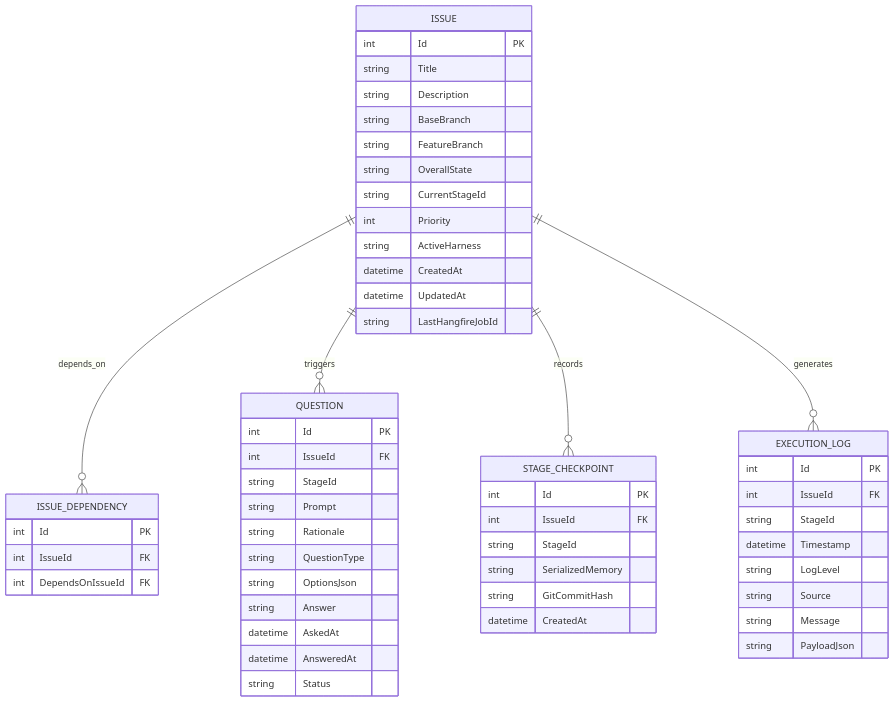
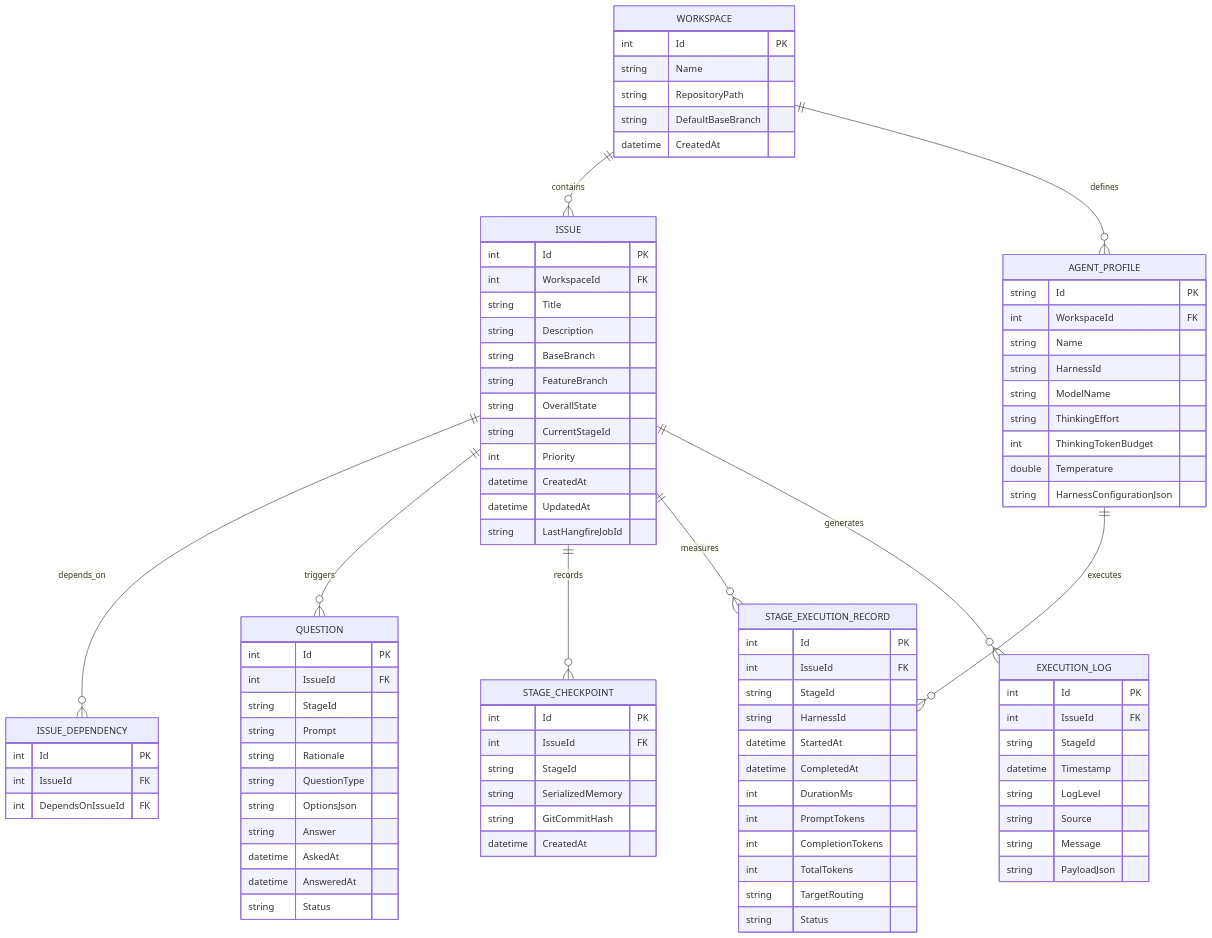
Before and after one commit to jetelain/NightCodeForge: diagram 12 of 12 in docs/ARCHITECTURE.md, drawn with Mermaid. The commit also changed other lines of this file and 2 other files, not shown here.

````diff
--- a/docs/ARCHITECTURE.md
+++ b/docs/ARCHITECTURE.md
@@ -334,12 +742,37 @@
 ```mermaid
 erDiagram
+    WORKSPACE ||--o{ ISSUE : "contains"
+    WORKSPACE ||--o{ AGENT_PROFILE : "defines"
+    AGENT_PROFILE ||--o{ STAGE_EXECUTION_RECORD : "executes"
     ISSUE ||--o{ ISSUE_DEPENDENCY : "depends_on"
     ISSUE ||--o{ QUESTION : "triggers"
     ISSUE ||--o{ STAGE_CHECKPOINT : "records"
+    ISSUE ||--o{ STAGE_EXECUTION_RECORD : "measures"
     ISSUE ||--o{ EXECUTION_LOG : "generates"
     
+    WORKSPACE {
+        int Id PK
+        string Name
+        string RepositoryPath
+        string DefaultBaseBranch
+        datetime CreatedAt
+    }
+
+    AGENT_PROFILE {
+        string Id PK
+        int WorkspaceId FK
+        string Name
+        string HarnessId
+        string ModelName
+        string ThinkingEffort
+        int ThinkingTokenBudget
+        double Temperature
+        string HarnessConfigurationJson
+    }
+
     ISSUE {
         int Id PK
+        int WorkspaceId FK
         string Title
         string Description
         string BaseBranch
@@ -347,7 +780,6 @@
         string OverallState
         string CurrentStageId
         int Priority
-        string ActiveHarness
         datetime CreatedAt
         datetime UpdatedAt
         string LastHangfireJobId
@@ -382,6 +814,21 @@
         datetime CreatedAt
     }
 
+    STAGE_EXECUTION_RECORD {
+        int Id PK
+        int IssueId FK
+        string StageId
+        string HarnessId
+        datetime StartedAt
+        datetime CompletedAt
+        int DurationMs
+        int PromptTokens
+        int CompletionTokens
+        int TotalTokens
+        string TargetRouting
+        string Status
+    }
+
     EXECUTION_LOG {
         int Id PK
         int IssueId FK
````
